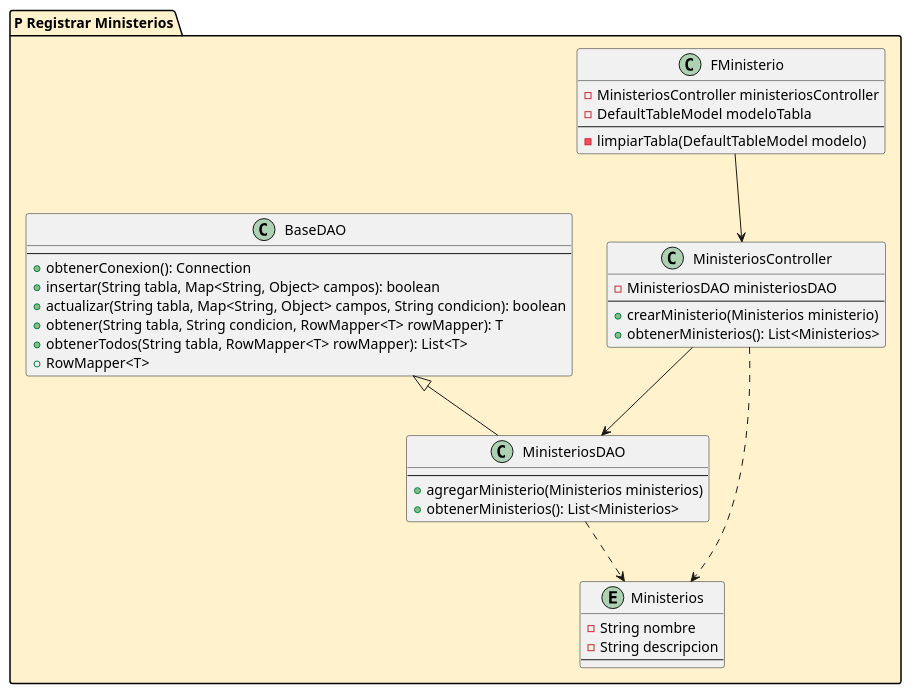
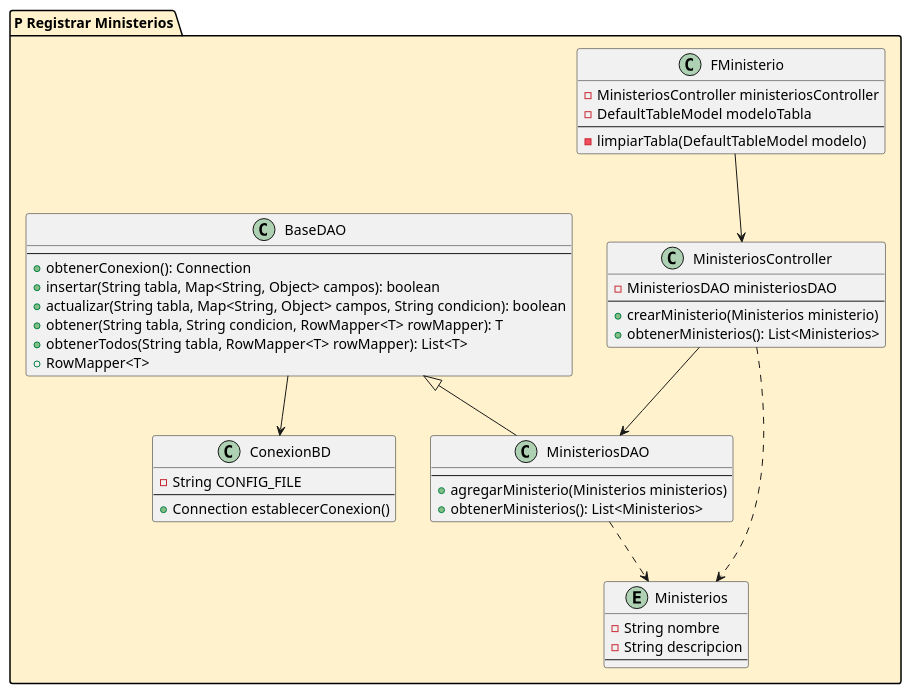
Before and after one commit to jeulate/proyig1: the diagram in src/utils/Mministerio.puml, drawn with PlantUML. The commit also changed 3 other files, not shown here.

Commit message:
Plan UML Actualizado

```diff
--- a/src/utils/Mministerio.puml
+++ b/src/utils/Mministerio.puml
@@ -1,46 +1,51 @@
 @startuml
 package "P Registrar Ministerios" #FFF2CC {
   class "FMinisterio" as fministerio {
   -MinisteriosController ministeriosController
   -DefaultTableModel modeloTabla
   --
   -limpiarTabla(DefaultTableModel modelo)
   }
   class "MinisteriosController" as ctrministerio{
   -MinisteriosDAO ministeriosDAO
   --
   +crearMinisterio(Ministerios ministerio)
   +obtenerMinisterios(): List<Ministerios>
   }
 
   class "MinisteriosDAO" as daoministerios{
   --
   +agregarMinisterio(Ministerios ministerios)
   +obtenerMinisterios(): List<Ministerios>
   }
 
   class "BaseDAO" as daobase {
   --
   +obtenerConexion(): Connection
   +insertar(String tabla, Map<String, Object> campos): boolean
   +actualizar(String tabla, Map<String, Object> campos, String condicion): boolean
   +obtener(String tabla, String condicion, RowMapper<T> rowMapper): T
   +obtenerTodos(String tabla, RowMapper<T> rowMapper): List<T>
   +RowMapper<T>
   }
-
+ class "ConexionBD" as bdconexion{
+   -String CONFIG_FILE
+   --
+   +Connection establecerConexion()
+  }
   entity "Ministerios" as ministerios{
       -String nombre
       -String descripcion
       --
   }
 
   fministerio --> ctrministerio
   ctrministerio --> daoministerios
   daobase <|-- daoministerios
   ctrministerio ..> ministerios
   daoministerios ..> ministerios
+  daobase --> bdconexion
 }
 
 
 @enduml
```
